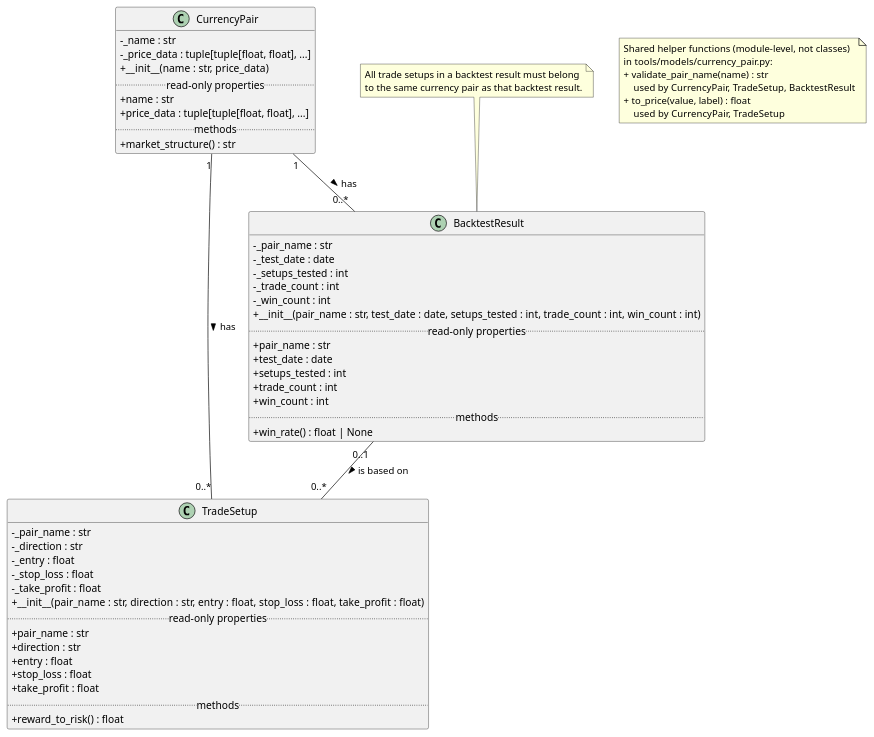
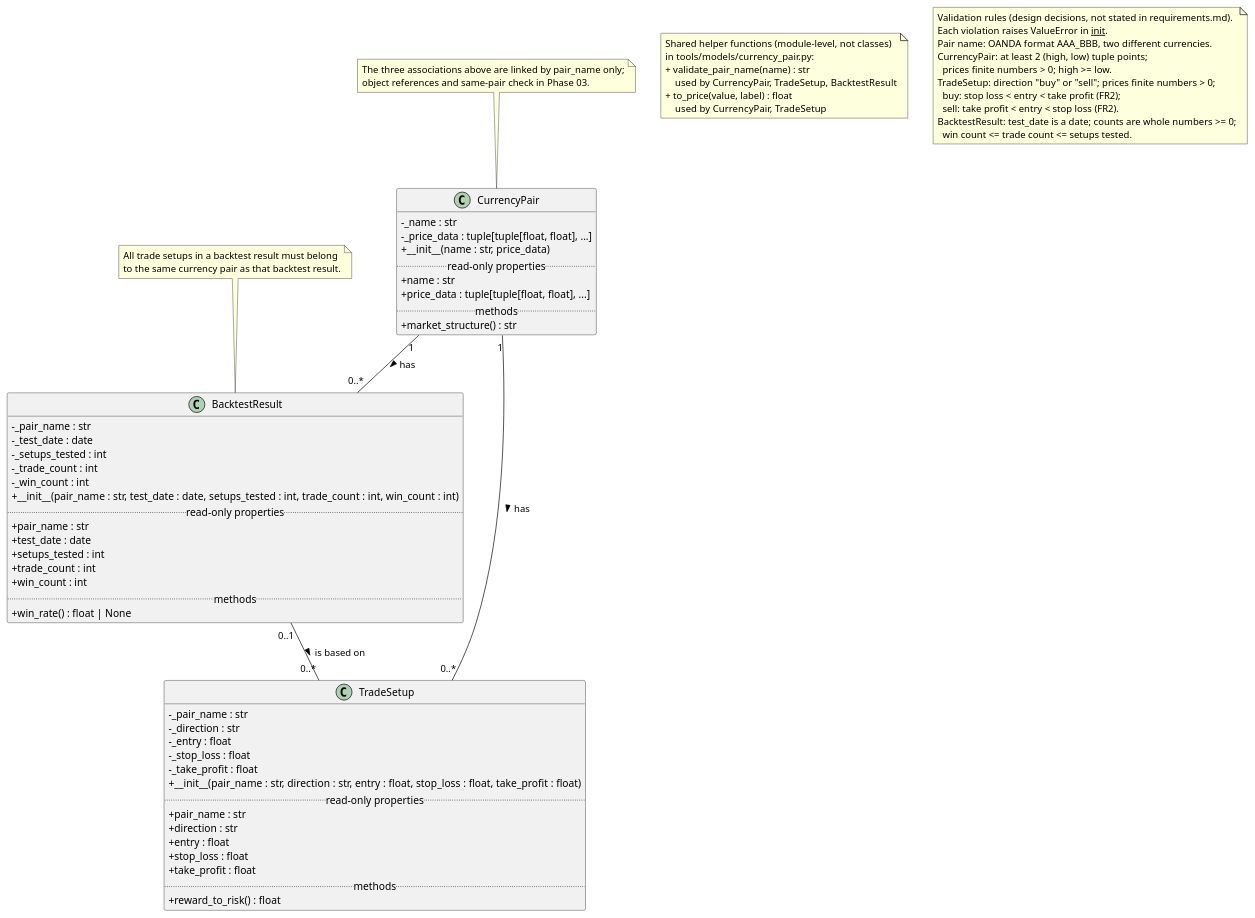
One commit to dan119524/nexus-trade changed the diagram in docs/design/uml/domain-model.puml. Above: the diagram before and after it, drawn with PlantUML. The commit also changed 3 other files, not shown here.

Commit message:
Resolve Phase 02 diagram sync decisions

```diff
--- a/docs/design/uml/domain-model.puml
+++ b/docs/design/uml/domain-model.puml
@@ -1,69 +1,88 @@
 @startuml domain-model
 ' Sources: docs/design/requirements.md, sections "Domain Entities" and
 ' "Relationships and Multiplicities", for the classes and relationships.
 ' tools/models/ (Phase 02) for the attributes and public methods.
 ' Attributes are private (-) and exposed as read-only @property (+). No setters.
 skinparam classAttributeIconSize 0
 hide empty members
 
 class CurrencyPair {
   - _name : str
   - _price_data : tuple[tuple[float, float], ...]
   + __init__(name : str, price_data)
   .. read-only properties ..
   + name : str
   + price_data : tuple[tuple[float, float], ...]
   .. methods ..
   + market_structure() : str
 }
 
 class TradeSetup {
   - _pair_name : str
   - _direction : str
   - _entry : float
   - _stop_loss : float
   - _take_profit : float
   + __init__(pair_name : str, direction : str, entry : float, stop_loss : float, take_profit : float)
   .. read-only properties ..
   + pair_name : str
   + direction : str
   + entry : float
   + stop_loss : float
   + take_profit : float
   .. methods ..
   + reward_to_risk() : float
 }
 
 class BacktestResult {
   - _pair_name : str
   - _test_date : date
   - _setups_tested : int
   - _trade_count : int
   - _win_count : int
   + __init__(pair_name : str, test_date : date, setups_tested : int, trade_count : int, win_count : int)
   .. read-only properties ..
   + pair_name : str
   + test_date : date
   + setups_tested : int
   + trade_count : int
   + win_count : int
   .. methods ..
   + win_rate() : float | None
 }
 
 CurrencyPair "1" -- "0..*" TradeSetup : has >
 CurrencyPair "1" -- "0..*" BacktestResult : has >
 BacktestResult "0..1" -- "0..*" TradeSetup : is based on >
 
 note "All trade setups in a backtest result must belong\nto the same currency pair as that backtest result." as SamePair
 SamePair .. BacktestResult
 
+note as AssociationLinks
+  The three associations above are linked by pair_name only;
+  object references and same-pair check in Phase 03.
+end note
+AssociationLinks .. CurrencyPair
+
 note as SharedHelpers
   Shared helper functions (module-level, not classes)
   in tools/models/currency_pair.py:
   + validate_pair_name(name) : str
       used by CurrencyPair, TradeSetup, BacktestResult
   + to_price(value, label) : float
       used by CurrencyPair, TradeSetup
 end note
+
+note as ValidationRules
+  Validation rules (design decisions, not stated in requirements.md).
+  Each violation raises ValueError in __init__.
+  Pair name: OANDA format AAA_BBB, two different currencies.
+  CurrencyPair: at least 2 (high, low) tuple points;
+    prices finite numbers > 0; high >= low.
+  TradeSetup: direction "buy" or "sell"; prices finite numbers > 0;
+    buy: stop loss < entry < take profit (FR2);
+    sell: take profit < entry < stop loss (FR2).
+  BacktestResult: test_date is a date; counts are whole numbers >= 0;
+    win count <= trade count <= setups tested.
+end note
 @enduml
```
